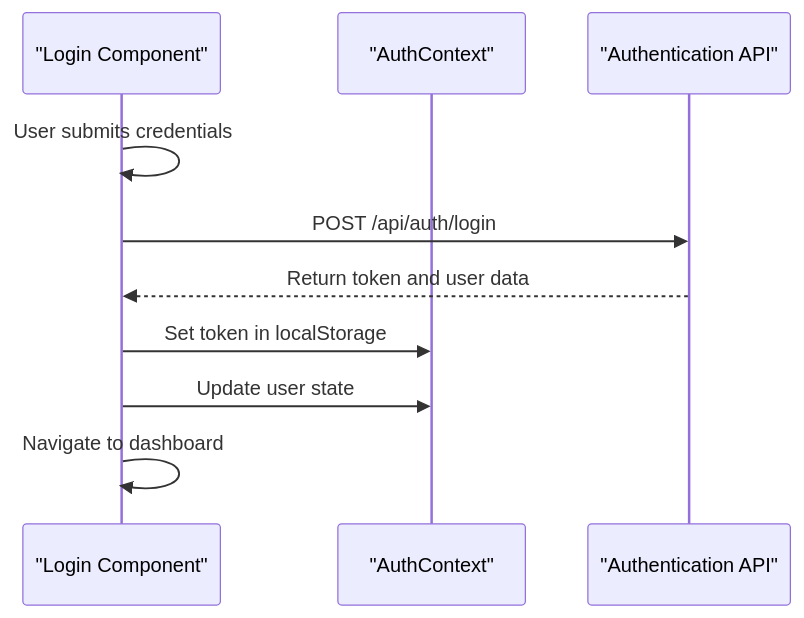
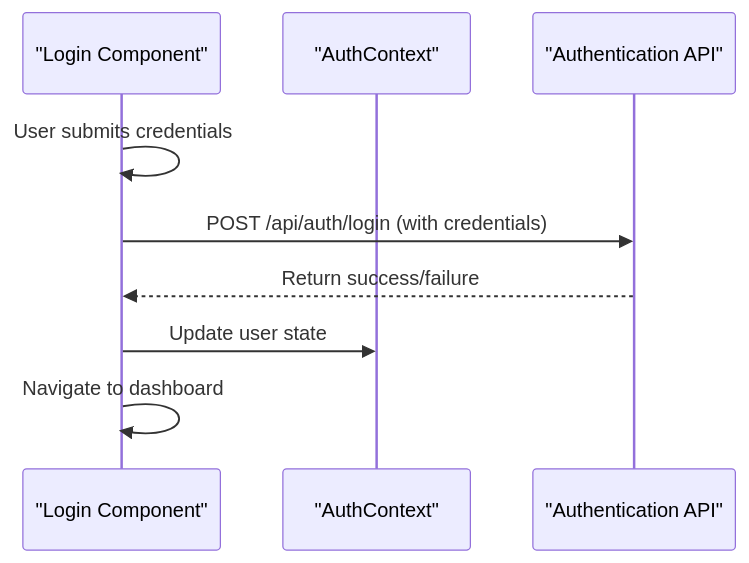
One commit to Brimstow/ThumPiks changed the ninth of 21 diagrams in .qoder/repowiki/en/content/Frontend Architecture/State Management.md. Above: the diagram before and after it, drawn with Mermaid. The commit also changed other lines of this file and 900 other files, not shown here.

````diff
--- a/.qoder/repowiki/en/content/Frontend Architecture/State Management.md
+++ b/.qoder/repowiki/en/content/Frontend Architecture/State Management.md
@@ -155,12 +270,11 @@
 ```mermaid
 sequenceDiagram
 participant Login as "Login Component"
 participant AuthContext as "AuthContext"
 participant API as "Authentication API"
 Login->>Login : User submits credentials
-Login->>API : POST /api/auth/login
-API-->>Login : Return token and user data
-Login->>AuthContext : Set token in localStorage
+Login->>API : POST /api/auth/login (with credentials)
+API-->>Login : Return success/failure
 Login->>AuthContext : Update user state
 Login->>Login : Navigate to dashboard
 ```
````
